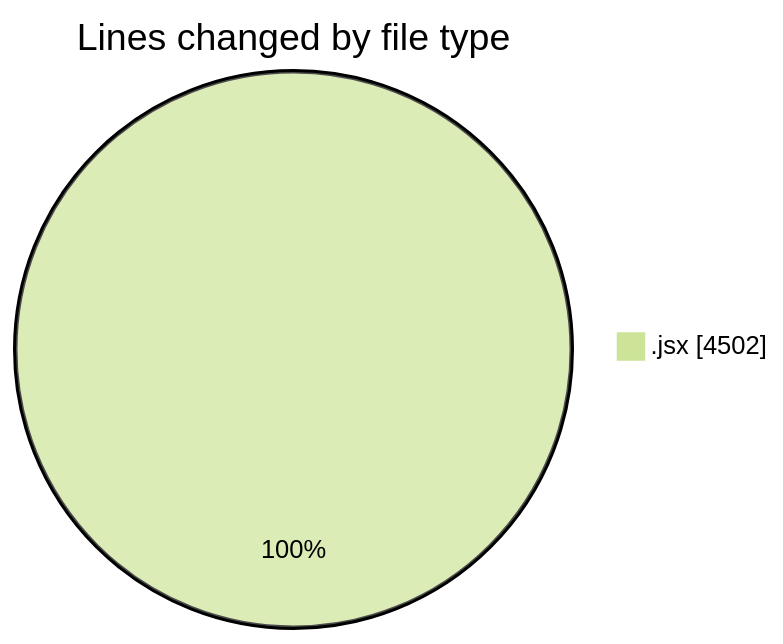
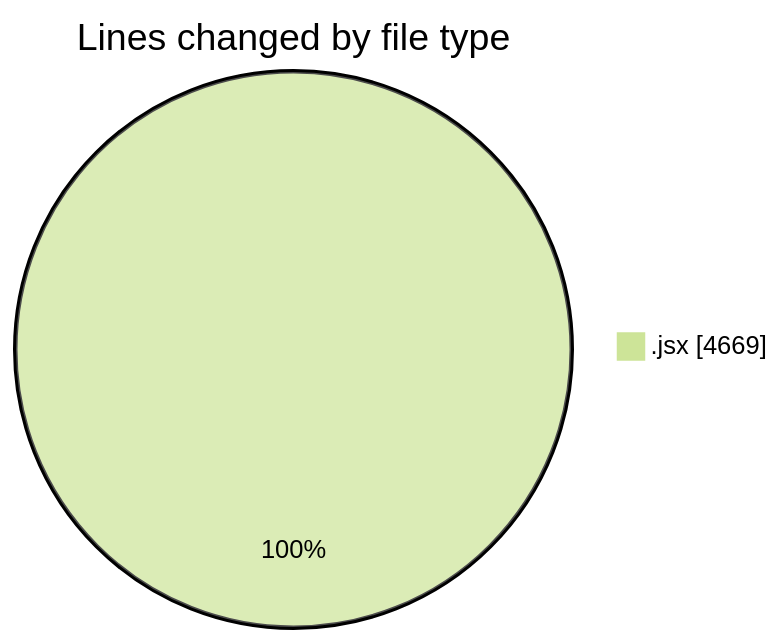
Before and after one commit to nxtqubesakshisongat/code-tracking: the first of 2 diagrams in 2025-05-05/nxtqube_webapp/README.md, drawn with Mermaid (forest theme). The commit also changed other lines of this file and 1 other file, not shown here.

````diff
--- a/2025-05-05/nxtqube_webapp/README.md
+++ b/2025-05-05/nxtqube_webapp/README.md
@@ -20,5 +20,5 @@
 ```mermaid
 pie showData
 title Lines changed by file type
-".jsx" : 4502
+".jsx" : 4669
 ```
````
